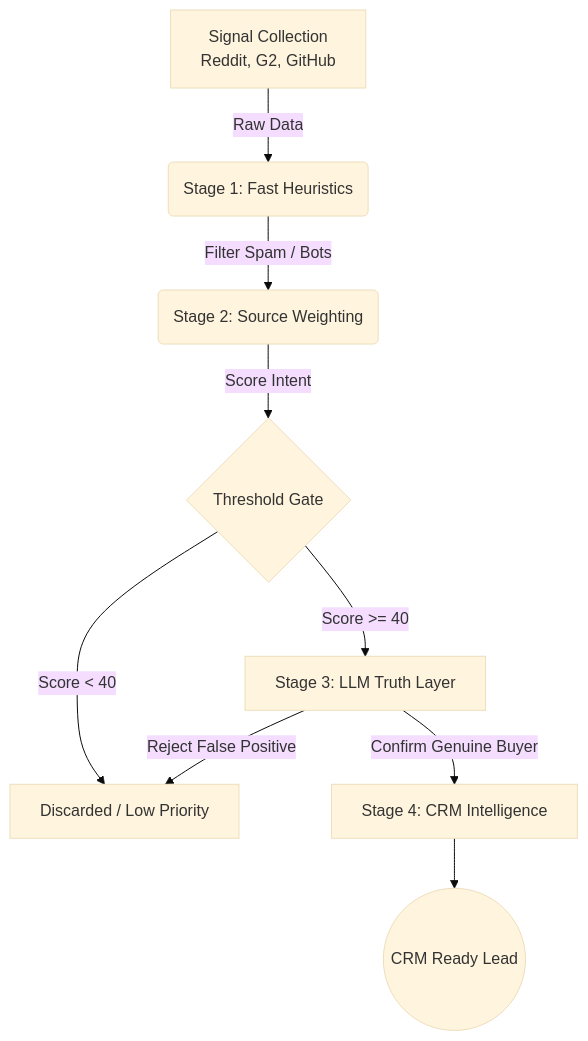
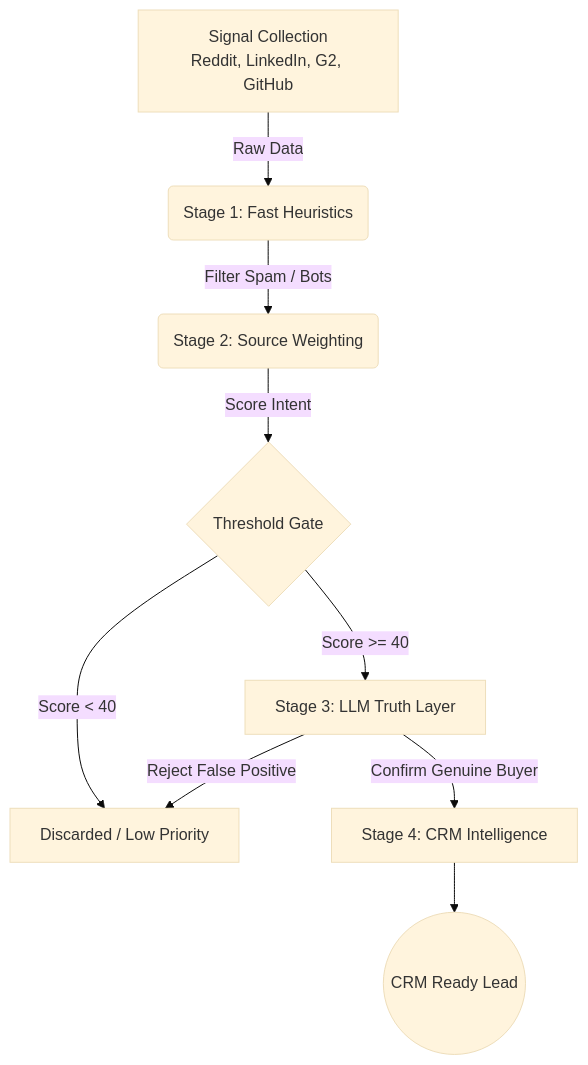
The diagram in README.md (it-09/df), drawn with Mermaid (base theme) before and after one commit. The commit also changed other lines of this file and 5 other files, not shown here.

````diff
--- a/README.md
+++ b/README.md
@@ -135,11 +138,11 @@
 ```mermaid
 graph TD
-    A[Signal Collection<br>Reddit, G2, GitHub] -->|Raw Data| B(Stage 1: Fast Heuristics)
+    A[Signal Collection<br>Reddit, LinkedIn, G2, GitHub] -->|Raw Data| B(Stage 1: Fast Heuristics)
     B -->|Filter Spam / Bots| C(Stage 2: Source Weighting)
     C -->|Score Intent| D{Threshold Gate}
     D -->|Score < 40| E[Discarded / Low Priority]
     D -->|Score >= 40| F[Stage 3: LLM Truth Layer]
     F -->|Reject False Positive| E
     F -->|Confirm Genuine Buyer| G[Stage 4: CRM Intelligence]
     G --> H((CRM Ready Lead))
 ```
````
